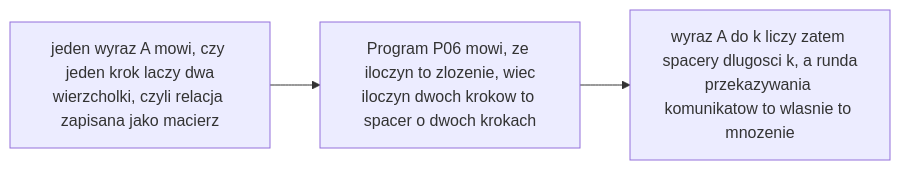
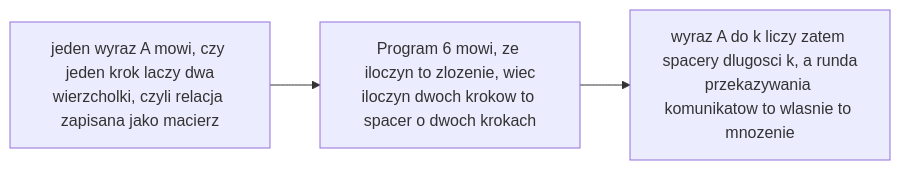
The diagram in figures/mermaid/pl/p13-walks-are-powers.mmd (konradcinkusz/math-for-ai-engineers), drawn with Mermaid before and after one commit. The commit also changed 15 other files, not shown here.

```diff
--- a/figures/mermaid/pl/p13-walks-are-powers.mmd
+++ b/figures/mermaid/pl/p13-walks-are-powers.mmd
@@ -1,4 +1,4 @@
 flowchart LR
   A["jeden wyraz A mowi, czy jeden krok laczy dwa<br/>wierzcholki, czyli relacja zapisana jako macierz"]
-  A --> B["Program P06 mowi, ze iloczyn to zlozenie, wiec<br/>iloczyn dwoch krokow to spacer o dwoch krokach"]
+  A --> B["Program 6 mowi, ze iloczyn to zlozenie, wiec<br/>iloczyn dwoch krokow to spacer o dwoch krokach"]
   B --> C["wyraz A do k liczy zatem spacery dlugosci k, a runda<br/>przekazywania komunikatow to wlasnie to mnozenie"]
```
